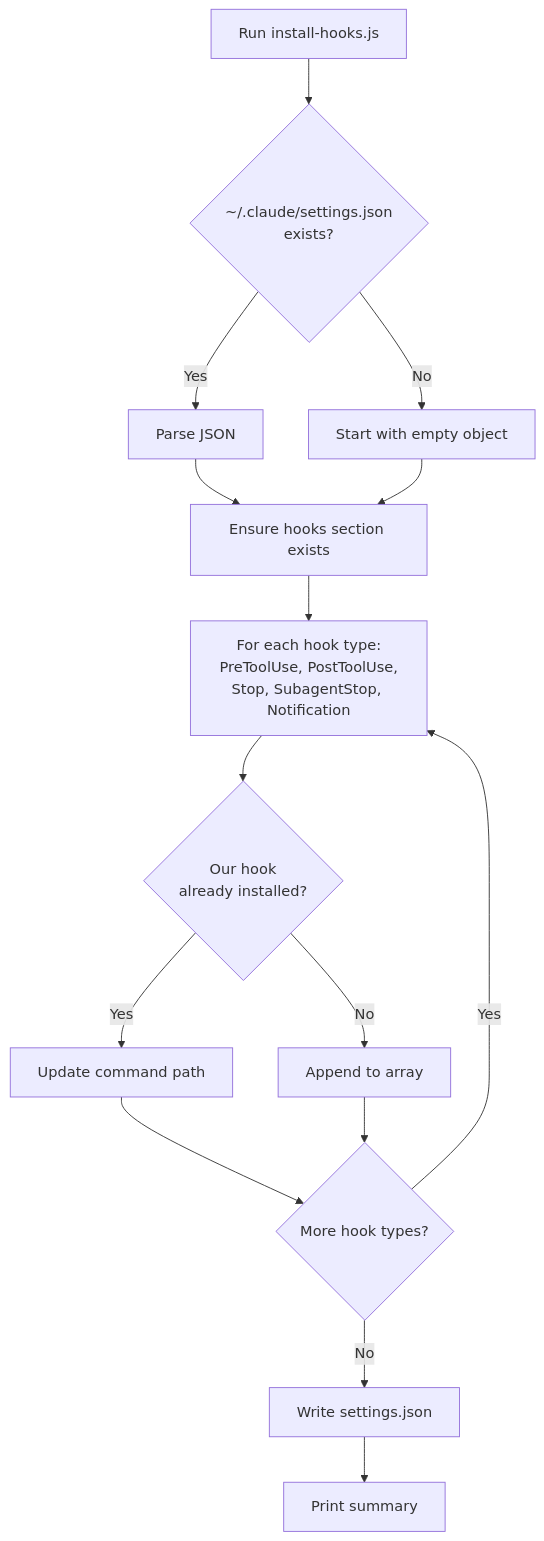
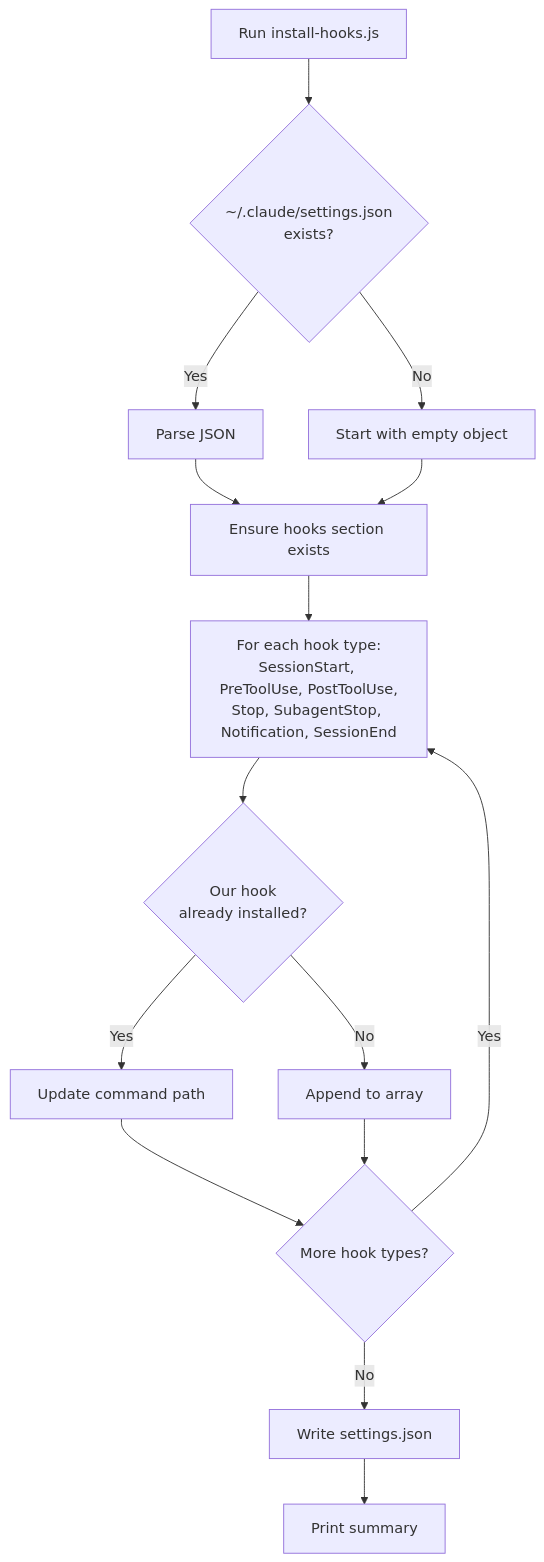
Diagram 14 of 21 in ARCHITECTURE.md (mirkanu/gsd-dashboard), drawn with Mermaid before and after one commit. The commit also changed other lines of this file and 20 other files, not shown here.

First line of the commit message:
feat: update session handling and agent status on Stop events

````diff
--- a/ARCHITECTURE.md
+++ b/ARCHITECTURE.md
@@ -624,22 +628,22 @@
 ```mermaid
 flowchart TD
     START[Run install-hooks.js] --> READ{~/.claude/settings.json<br/>exists?}
     READ -->|Yes| PARSE[Parse JSON]
     READ -->|No| EMPTY[Start with empty object]
     PARSE --> CHECK
     EMPTY --> CHECK
 
     CHECK[Ensure hooks section exists]
-    CHECK --> LOOP["For each hook type:<br/>PreToolUse, PostToolUse,<br/>Stop, SubagentStop, Notification"]
+    CHECK --> LOOP["For each hook type:<br/>SessionStart, PreToolUse, PostToolUse,<br/>Stop, SubagentStop, Notification, SessionEnd"]
 
     LOOP --> EXISTS{Our hook<br/>already installed?}
     EXISTS -->|Yes| UPDATE[Update command path]
     EXISTS -->|No| APPEND[Append to array]
     UPDATE --> NEXT
     APPEND --> NEXT
 
     NEXT{More hook types?}
     NEXT -->|Yes| LOOP
     NEXT -->|No| WRITE[Write settings.json]
     WRITE --> DONE[Print summary]
 ```
````
